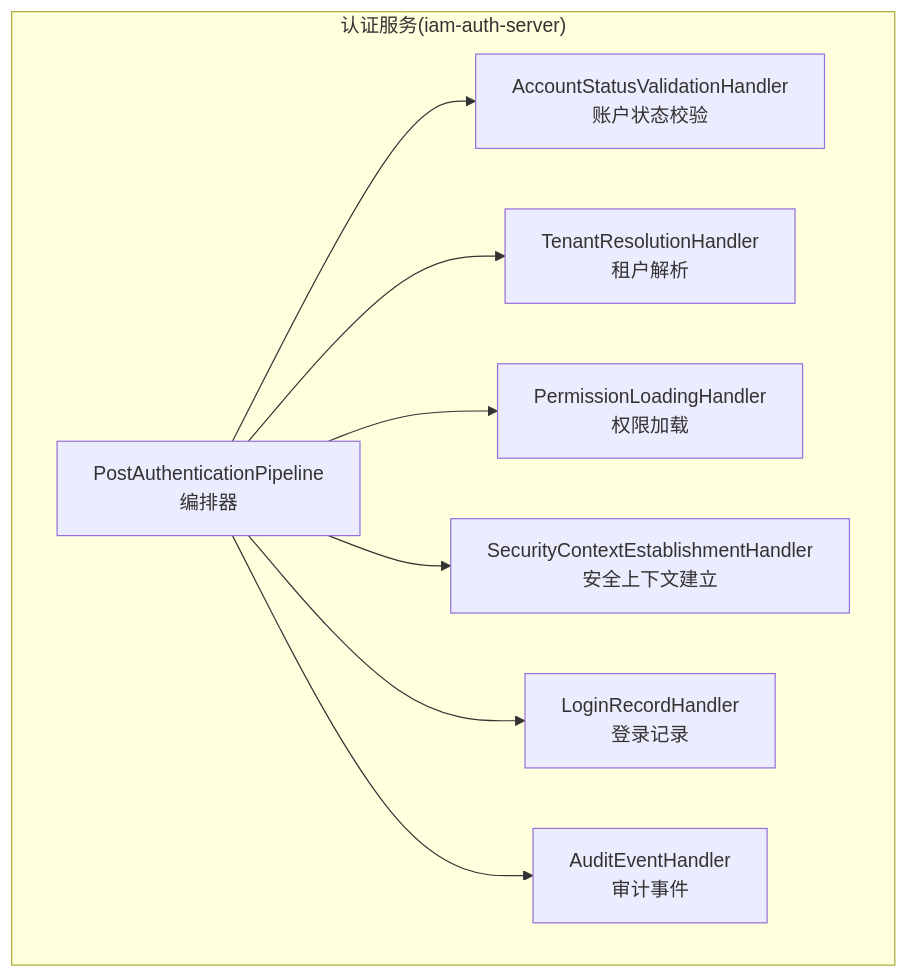
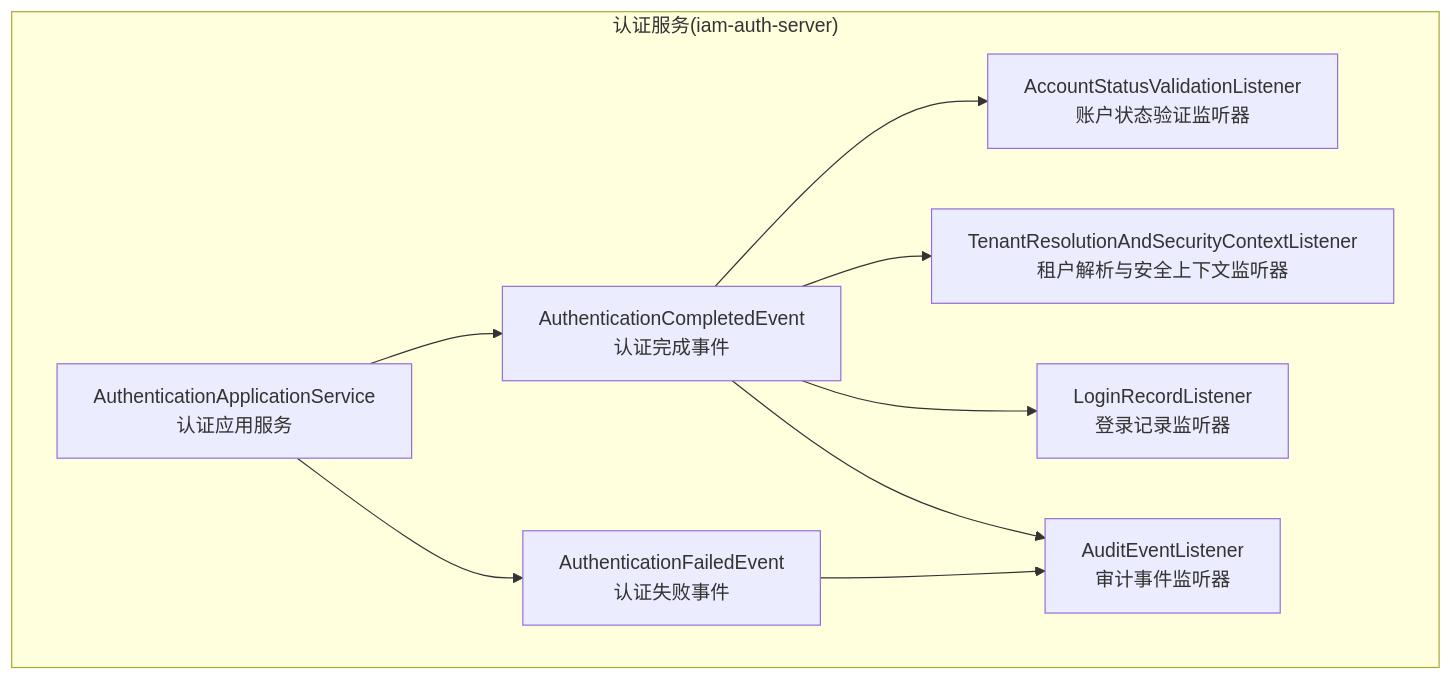
One commit to fq0121104930716/iam-platform changed the first of 4 diagrams in .qoder/repowiki/zh/content/核心模块/认证服务器 (iam-auth-server)/认证处理管道/后认证管道.md. Above: the diagram before and after it, drawn with Mermaid. The commit also changed other lines of this file and 42 other files, not shown here.

````diff
--- a/.qoder/repowiki/zh/content/核心模块/认证服务器 (iam-auth-server)/认证处理管道/后认证管道.md
+++ b/.qoder/repowiki/zh/content/核心模块/认证服务器 (iam-auth-server)/认证处理管道/后认证管道.md
@@ -46,18 +41,19 @@
 ```mermaid
 graph TB
 subgraph "认证服务(iam-auth-server)"
-PAP["PostAuthenticationPipeline<br/>编排器"]
-PH1["SecurityContextEstablishmentHandler<br/>安全上下文建立"]
-PH2["PermissionLoadingHandler<br/>权限加载"]
-PH3["LoginRecordHandler<br/>登录记录"]
-PH4["AuditEventHandler<br/>审计事件"]
-PH5["TenantResolutionHandler<br/>租户解析"]
-PH6["AccountStatusValidationHandler<br/>账户状态校验"]
+AES["AuthenticationApplicationService<br/>认证应用服务"]
+ACE["AuthenticationCompletedEvent<br/>认证完成事件"]
+AFE["AuthenticationFailedEvent<br/>认证失败事件"]
+ASVL["AccountStatusValidationListener<br/>账户状态验证监听器"]
+TRSCSL["TenantResolutionAndSecurityContextListener<br/>租户解析与安全上下文监听器"]
+LRSL["LoginRecordListener<br/>登录记录监听器"]
+AEL["AuditEventListener<br/>审计事件监听器"]
 end
-PAP --> PH6
-PAP --> PH5
-PAP --> PH2
-PAP --> PH1
-PAP --> PH3
-PAP --> PH4
+AES --> ACE
+AES --> AFE
+ACE --> ASVL
+ACE --> TRSCSL
+ACE --> LRSL
+ACE --> AEL
+AFE --> AEL
 ```
````
